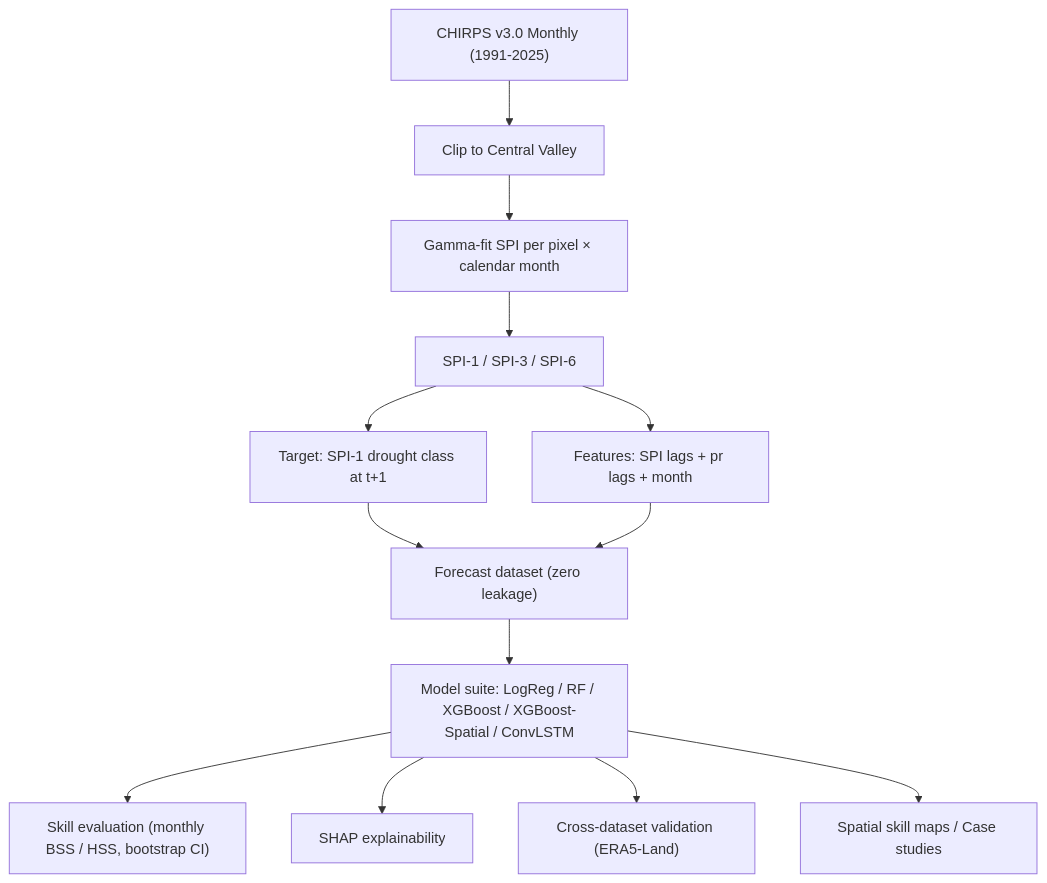
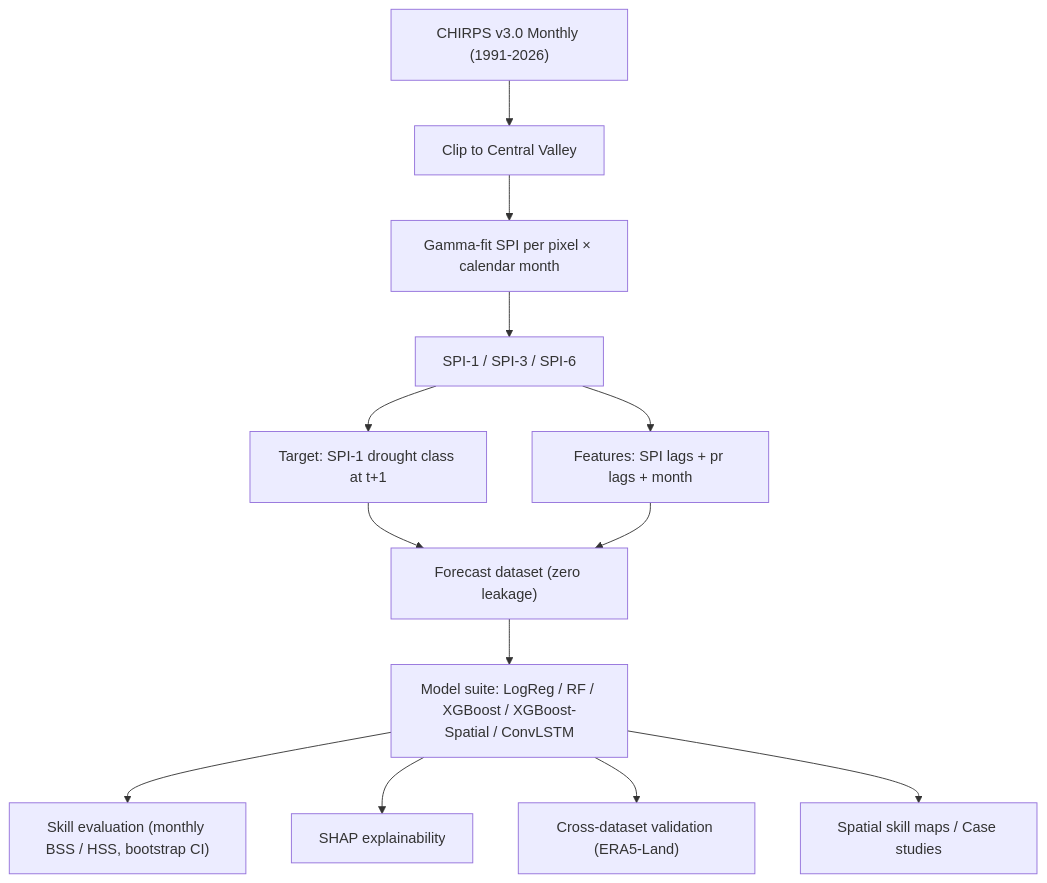
The diagram in README.md (Ishtiaque-h/chirps-drought-classifier), drawn with Mermaid before and after one commit. The commit also changed other lines of this file and 3 other files, not shown here.

````diff
--- a/README.md
+++ b/README.md
@@ -28,15 +28,15 @@
 ```mermaid
 graph TD;
-    A["CHIRPS v3.0 Monthly (1991-2025)"] --> B["Clip to Central Valley"];
+    A["CHIRPS v3.0 Monthly (1991-2026)"] --> B["Clip to Central Valley"];
     B --> C["Gamma-fit SPI per pixel × calendar month"];
     C --> D["SPI-1 / SPI-3 / SPI-6"];
     D --> E["Target: SPI-1 drought class at t+1"];
     D --> F["Features: SPI lags + pr lags + month"];
     E --> G["Forecast dataset (zero leakage)"];
     F --> G;
     G --> H["Model suite: LogReg / RF / XGBoost / XGBoost-Spatial / ConvLSTM"];
     H --> I["Skill evaluation (monthly BSS / HSS, bootstrap CI)"];
     H --> J["SHAP explainability"];
     H --> K["Cross-dataset validation (ERA5-Land)"];
     H --> L["Spatial skill maps / Case studies"];
 ```
````
